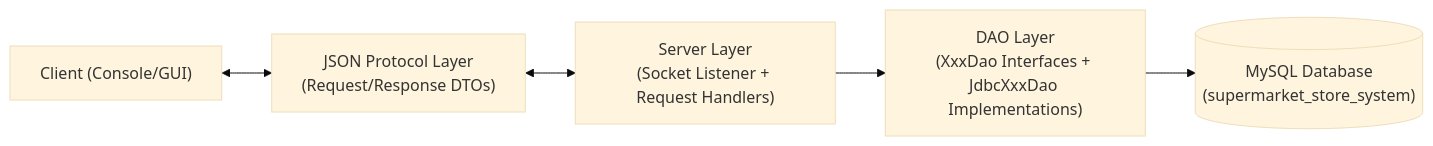
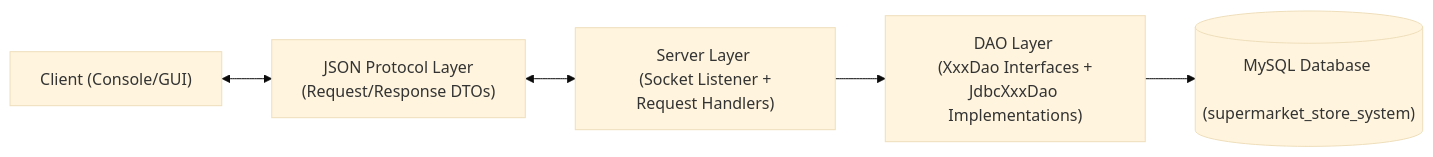
The diagram in docs/architecture.md (nikitsya/2025-26-L8-OOP-GCA2-SD2a), drawn with Mermaid (base theme) before and after one commit.

Commit message:
Fix formatting in architecture diagram

````diff
--- a/docs/architecture.md
+++ b/docs/architecture.md
@@ -6,13 +6,13 @@
 ```mermaid
 flowchart LR
     C["Client (Console/GUI)"]
-    J["JSON Protocol Layer\n(Request/Response DTOs)"]
-    S["Server Layer\n(Socket Listener + Request Handlers)"]
-    D["DAO Layer\n(XxxDao Interfaces + JdbcXxxDao Implementations)"]
-    DB[("MySQL Database\n(supermarket_store_system)")]
+    J["JSON Protocol Layer \n (Request/Response DTOs)"]
+    S["Server Layer \n (Socket Listener + Request Handlers)"]
+    D["DAO Layer \n (XxxDao Interfaces + JdbcXxxDao Implementations)"]
+    DB[("MySQL Database \n (supermarket_store_system)")]
 
     C <--> J
     J <--> S
     S --> D
     D --> DB
 ```
````
